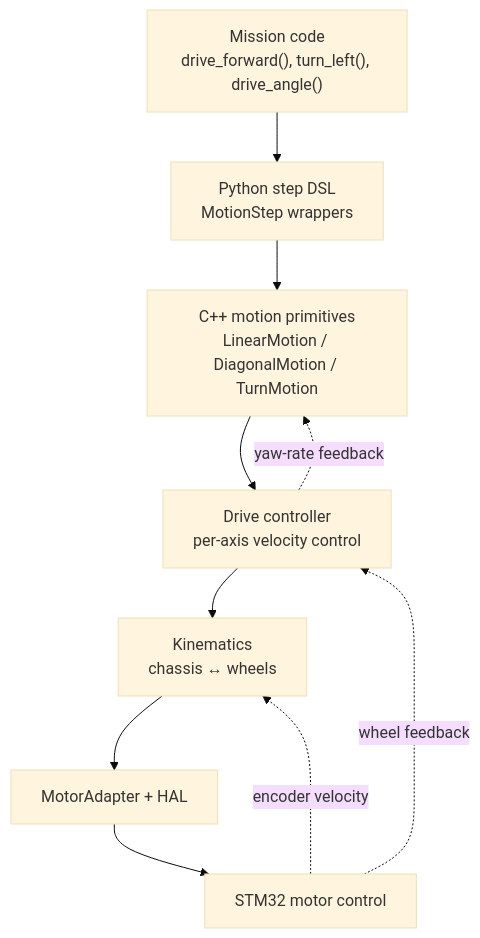
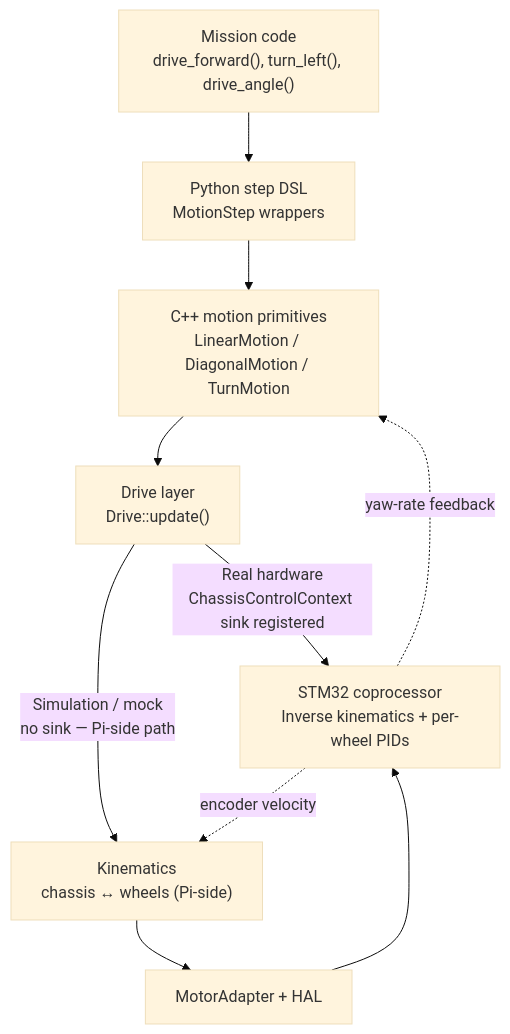
Before and after one commit to htl-stp-ecer/documentation: the diagram in content/02-programming/19-motion-flow-and-kinematics.md, drawn with Mermaid (base theme). The commit also changed other lines of this file and 90 other files, not shown here.

````diff
--- a/content/02-programming/19-motion-flow-and-kinematics.md
+++ b/content/02-programming/19-motion-flow-and-kinematics.md
@@ -24,13 +24,14 @@
 ```mermaid
 graph TD
     A["Mission code<br/>drive_forward(), turn_left(), drive_angle()"] --> B["Python step DSL<br/>MotionStep wrappers"]
     B --> C["C++ motion primitives<br/>LinearMotion / DiagonalMotion / TurnMotion"]
-    C --> D["Drive controller<br/>per-axis velocity control"]
-    D --> E["Kinematics<br/>chassis ↔ wheels"]
+    C --> D["Drive layer<br/>Drive::update()"]
+
+    D -->|"Real hardware<br/>ChassisControlContext sink registered"| HW["STM32 coprocessor<br/>Inverse kinematics + per-wheel PIDs"]
+    D -->|"Simulation / mock<br/>no sink — Pi-side path"| E["Kinematics<br/>chassis ↔ wheels (Pi-side)"]
     E --> F["MotorAdapter + HAL"]
-    F --> G["STM32 motor control"]
+    F --> HW
 
-    G -. encoder velocity .-> E
-    G -. wheel feedback .-> D
-    D -. yaw-rate feedback .-> C
+    HW -. encoder velocity .-> E
+    HW -. yaw-rate feedback .-> C
 ```
````
